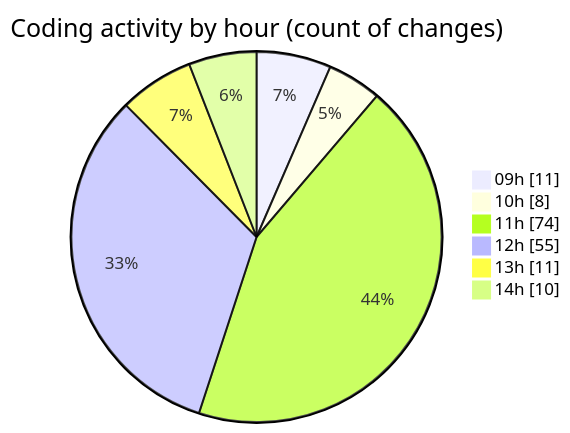
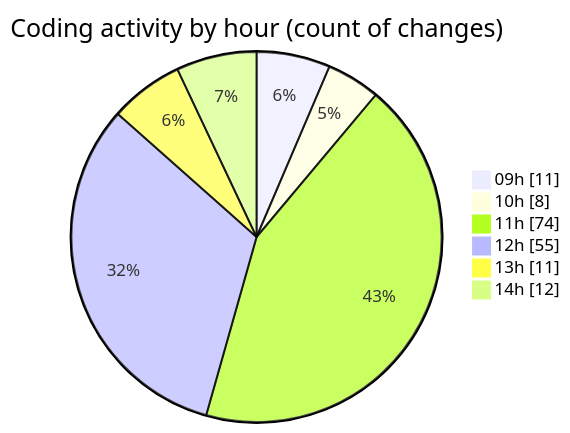
The second of 2 diagrams in 2025-10-30/cda/README.md (momahboobian/code-tracking), drawn with Mermaid before and after one commit. The commit also changed other lines of this file and 1 other file, not shown here.

````diff
--- a/2025-10-30/cda/README.md
+++ b/2025-10-30/cda/README.md
@@ -39,10 +39,10 @@
 ```mermaid
 pie showData
 title Coding activity by hour (count of changes)
 "09h" : 11
 "10h" : 8
 "11h" : 74
 "12h" : 55
 "13h" : 11
-"14h" : 10
+"14h" : 12
 ```
````
